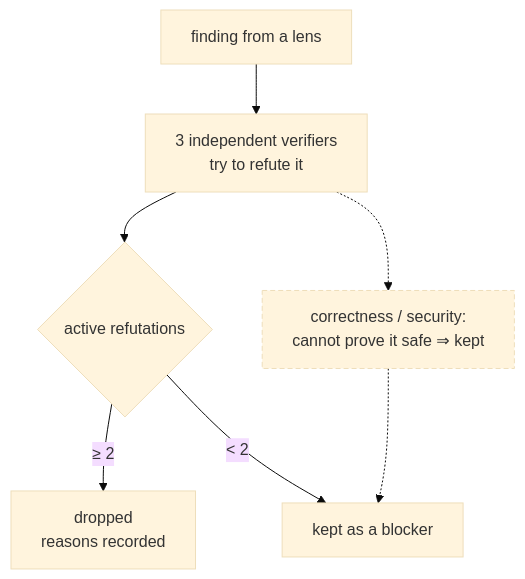
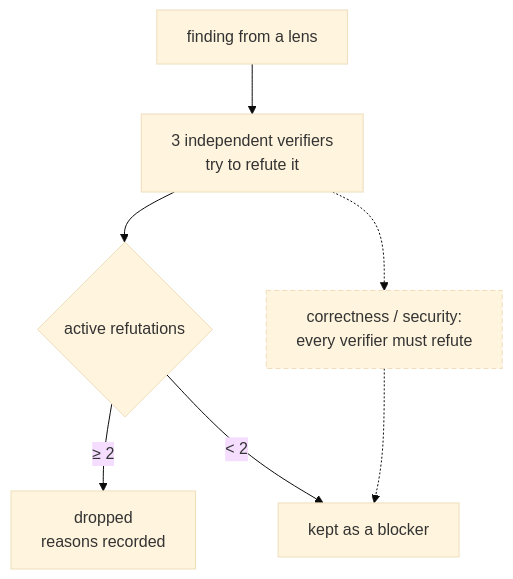
Before and after one commit to dreamingechoes/wholeloop: the second of 2 diagrams in docs/architecture/orchestration-and-gates.md, drawn with Mermaid (base theme). The commit also changed other lines of this file and 35 other files, not shown here.

````diff
--- a/docs/architecture/orchestration-and-gates.md
+++ b/docs/architecture/orchestration-and-gates.md
@@ -95,10 +147,10 @@
 ```mermaid
 flowchart TD
   F["finding from a lens"] --> V["3 independent verifiers<br/>try to refute it"]
   V --> R{"active refutations"}
   R -- "≥ 2" --> D["dropped<br/>reasons recorded"]
   R -- "< 2" --> K["kept as a blocker"]
-  V -.-> FS["correctness / security:<br/>cannot prove it safe ⇒ kept"]:::opt
+  V -.-> FS["correctness / security:<br/>every verifier must refute"]:::opt
   FS -.-> K
   classDef opt stroke-dasharray:5 3;
 ```
````
